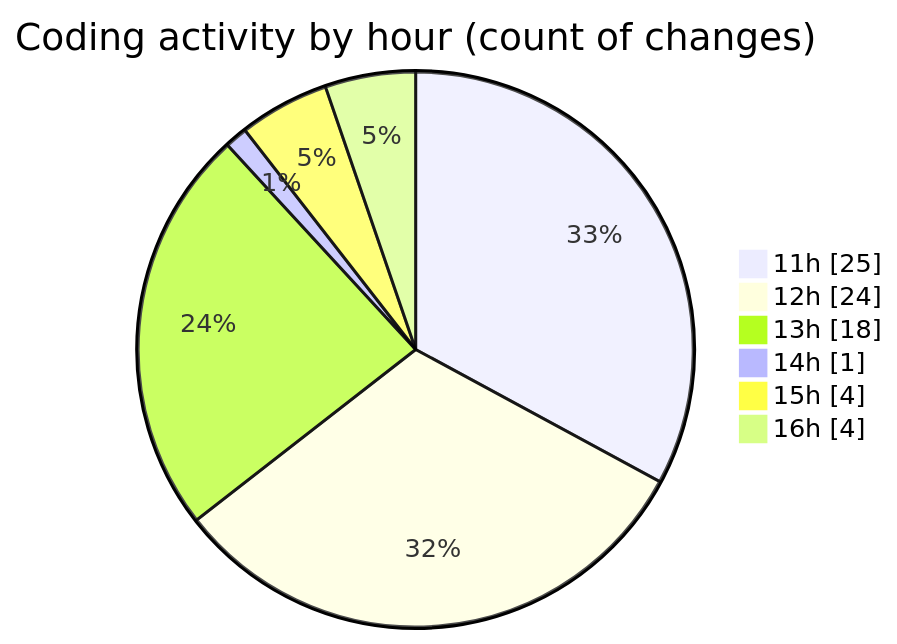
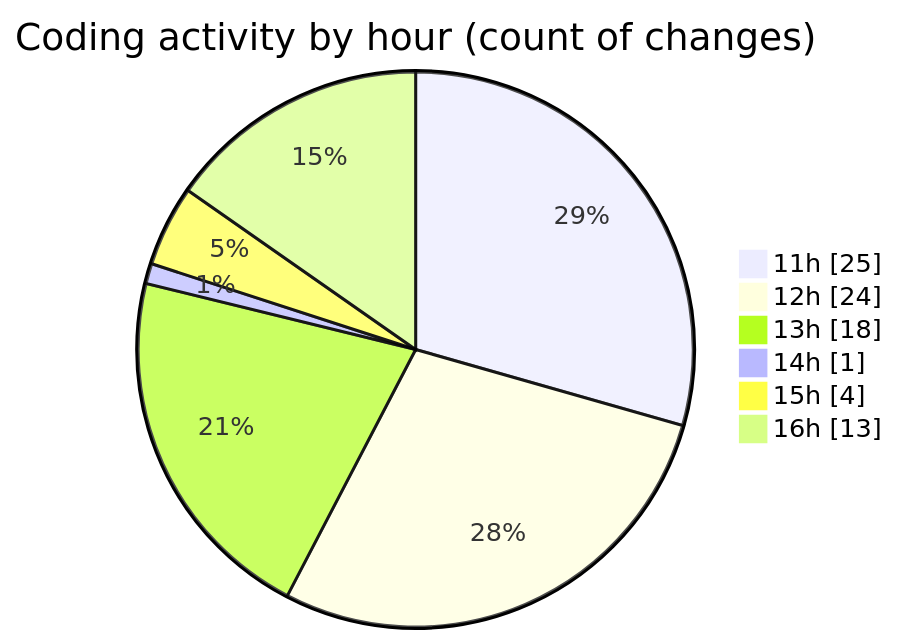
Before and after one commit to MatusMokan/code-tracking: the second of 2 diagrams in 2025-04-12/myws__workspace_/README.md, drawn with Mermaid. The commit also changed other lines of this file and 1 other file, not shown here.

````diff
--- a/2025-04-12/myws__workspace_/README.md
+++ b/2025-04-12/myws__workspace_/README.md
@@ -33,10 +33,10 @@
 ```mermaid
 pie showData
 title Coding activity by hour (count of changes)
 "11h" : 25
 "12h" : 24
 "13h" : 18
 "14h" : 1
 "15h" : 4
-"16h" : 4
+"16h" : 13
 ```
````
